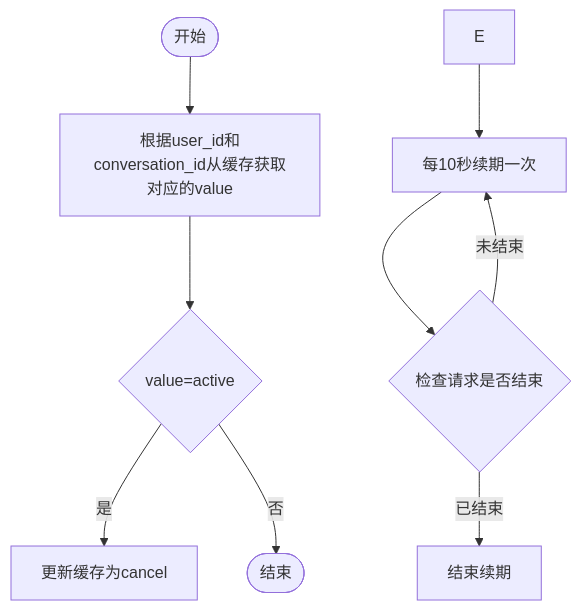
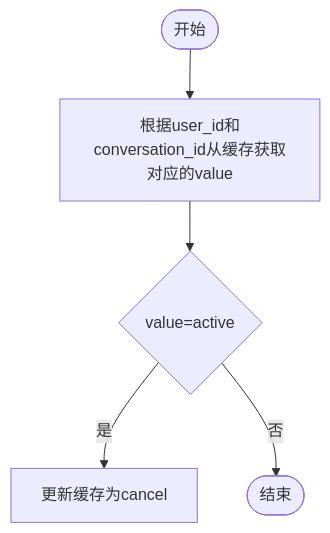
Before and after one commit to yingjianzh/iodraw-files: the diagram in all/未命名-20.md, drawn with Mermaid.

Commit message:
2025-02-05 16:24:38 update

````diff
--- a/all/未命名-20.md
+++ b/all/未命名-20.md
@@ -1,17 +1,12 @@
 ```mermaid
 flowchart TD
     Start([开始]) --> A[根据user_id和conversation_id从缓存获取对应的value]
     A --> B{value=active}
     B --> |是| C[更新缓存为cancel]
     B --> |否| End2([结束])
     
+
     
     
     
-    %% 锁续期协程
-    E --> O[每10秒续期一次]
-    O --> P{检查请求是否结束}
-    P -->|未结束| O
-    P -->|已结束| Q[结束续期]
-
 ```
````
